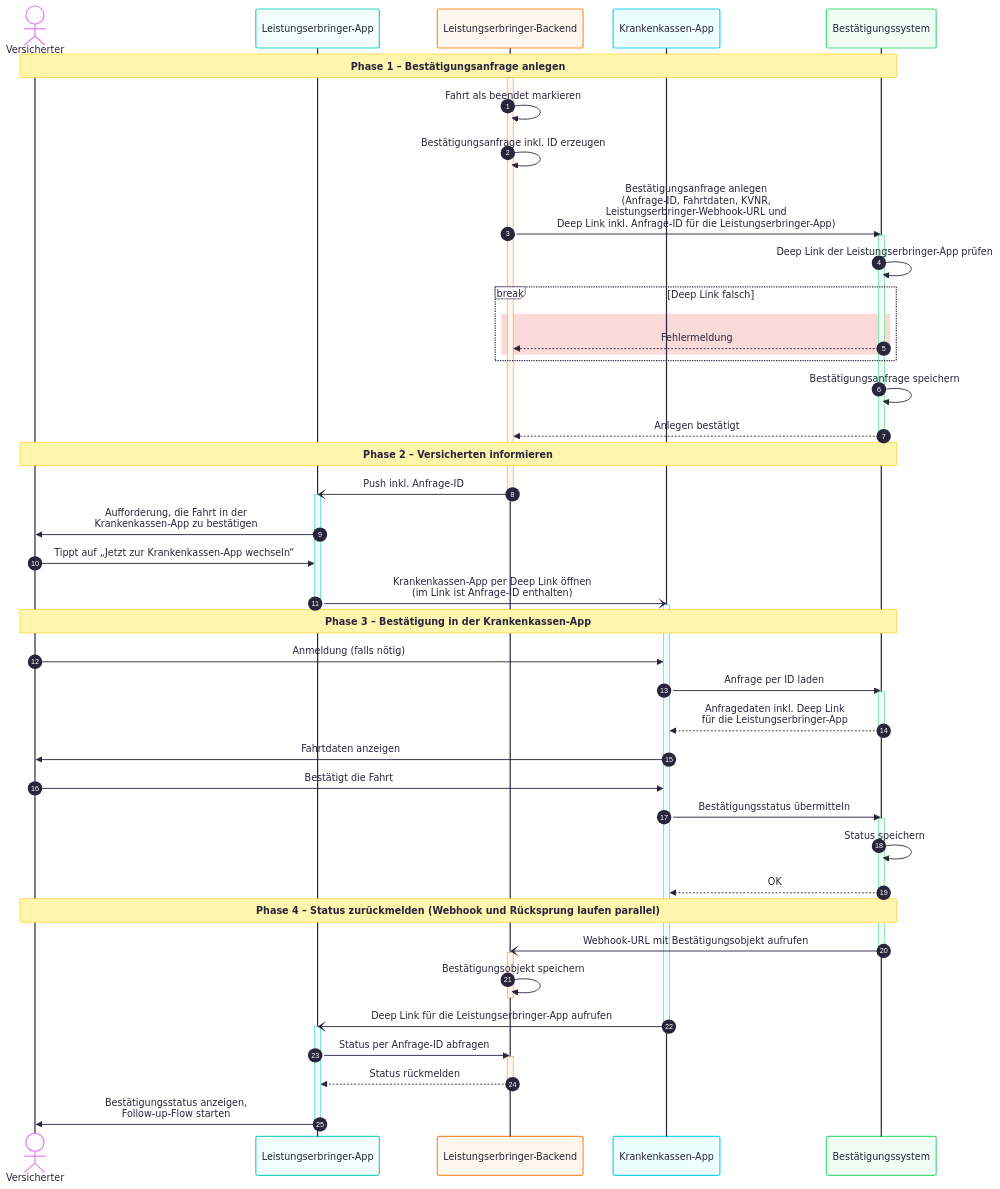
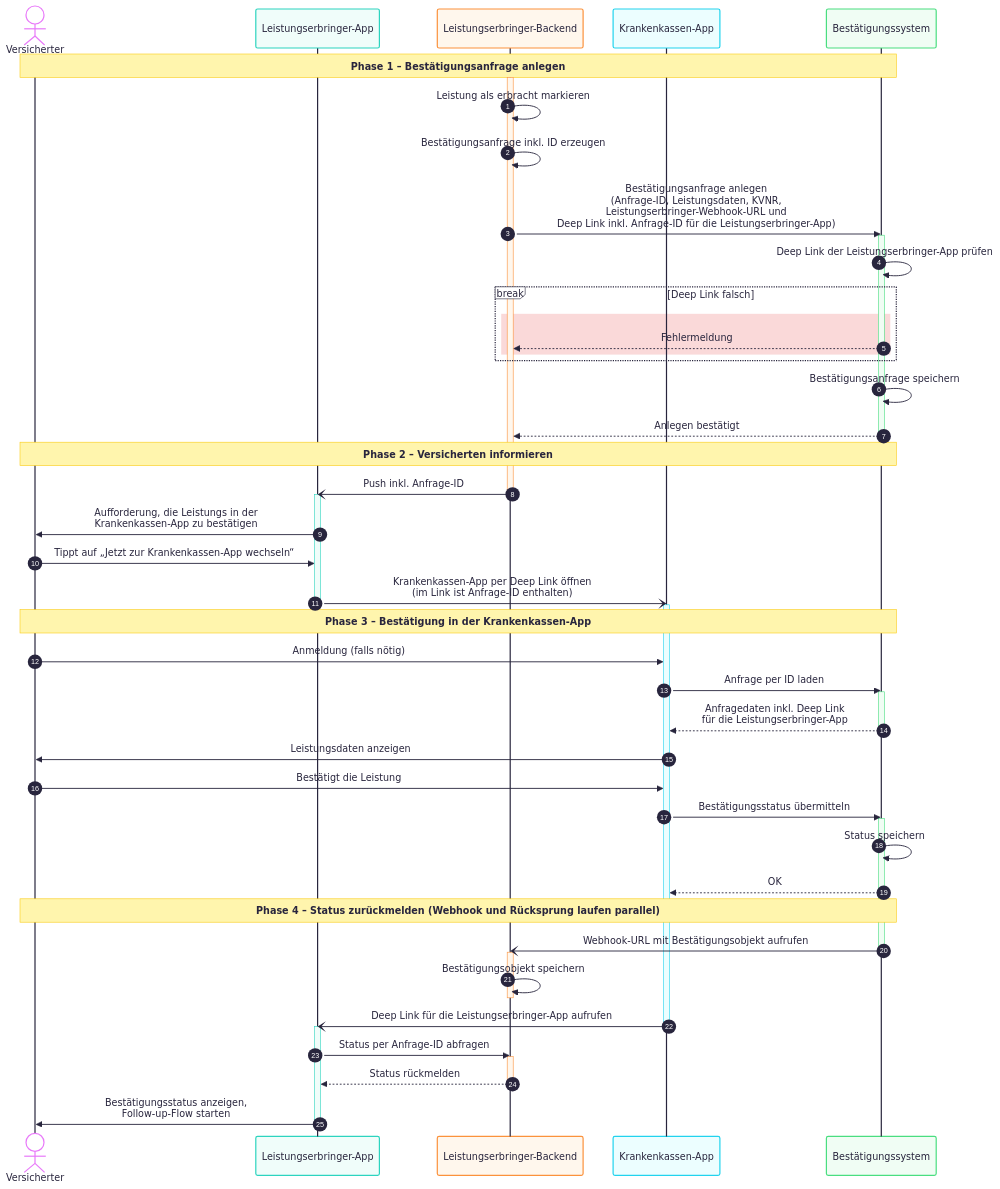
Before and after one commit to kreyssel/eLB: the second of 2 diagrams in docs/APPFLOW.md, drawn with Mermaid. The commit also changed other lines of this file, not shown here.

````diff
--- a/docs/APPFLOW.md
+++ b/docs/APPFLOW.md
@@ -68,69 +120,69 @@
 ```mermaid
 ---
 config:
   theme: redux-color
 ---
 sequenceDiagram
     actor V as Versicherter
     participant LER_APP as Leistungserbringer-App
     participant LER_BE as Leistungserbringer-Backend
     participant KK_APP as Krankenkassen-App
     participant BS as Bestätigungssystem
     autonumber
 
 
     Note over V,BS: Phase 1 – Bestätigungsanfrage anlegen
     activate LER_BE
-    LER_BE->>LER_BE: Fahrt als beendet markieren
+    LER_BE->>LER_BE: Leistung als erbracht markieren
     LER_BE->>LER_BE: Bestätigungsanfrage inkl. ID erzeugen
-    LER_BE->>BS: Bestätigungsanfrage anlegen<br>(Anfrage-ID, Fahrtdaten, KVNR,<br>Leistungserbringer-Webhook-URL und<br>Deep Link inkl. Anfrage-ID für die Leistungserbringer-App)
+    LER_BE->>BS: Bestätigungsanfrage anlegen<br>(Anfrage-ID, Leistungsdaten, KVNR,<br>Leistungserbringer-Webhook-URL und<br>Deep Link inkl. Anfrage-ID für die Leistungserbringer-App)
     activate BS
     BS->>BS: Deep Link der Leistungserbringer-App prüfen
     break Deep Link falsch
       rect rgba(220, 0, 0, 0.15)
         BS-->>LER_BE: Fehlermeldung
       end
     end
     BS->>BS: Bestätigungsanfrage speichern
     BS-->>LER_BE: Anlegen bestätigt
     deactivate BS
 
     Note over V,BS: Phase 2 – Versicherten informieren
     LER_BE-)LER_APP: Push inkl. Anfrage-ID
     deactivate LER_BE
     activate LER_APP
-    LER_APP->>V: Aufforderung, die Fahrt in der<br>Krankenkassen-App zu bestätigen
+    LER_APP->>V: Aufforderung, die Leistungs in der<br>Krankenkassen-App zu bestätigen
     V->>LER_APP: Tippt auf „Jetzt zur Krankenkassen-App wechseln“
     LER_APP-)KK_APP: Krankenkassen-App per Deep Link öffnen<br>(im Link ist Anfrage-ID enthalten)
     deactivate LER_APP
     activate KK_APP
 
     Note over V,BS: Phase 3 – Bestätigung in der Krankenkassen-App
     V->>KK_APP: Anmeldung (falls nötig)
     KK_APP->>BS: Anfrage per ID laden
     activate BS
     BS-->>KK_APP: Anfragedaten inkl. Deep Link<br>für die Leistungserbringer-App
     deactivate BS
-    KK_APP->>V: Fahrtdaten anzeigen
-    V->>KK_APP: Bestätigt die Fahrt
+    KK_APP->>V: Leistungsdaten anzeigen
+    V->>KK_APP: Bestätigt die Leistung
     KK_APP->>BS: Bestätigungsstatus übermitteln
     activate BS
     BS->>BS: Status speichern
     BS-->>KK_APP: OK
 
     Note over V,BS: Phase 4 – Status zurückmelden (Webhook und Rücksprung laufen parallel)
     BS-)LER_BE: Webhook-URL mit Bestätigungsobjekt aufrufen
     deactivate BS
     activate LER_BE
     LER_BE->>LER_BE: Bestätigungsobjekt speichern
     deactivate LER_BE
     KK_APP-)LER_APP: Deep Link für die Leistungserbringer-App aufrufen
     deactivate KK_APP
     activate LER_APP
     LER_APP->>LER_BE: Status per Anfrage-ID abfragen
     activate LER_BE
     LER_BE-->>LER_APP: Status rückmelden
     deactivate LER_BE
     LER_APP->>V: Bestätigungsstatus anzeigen,<br>Follow-up-Flow starten
     deactivate LER_APP
 ```
````
